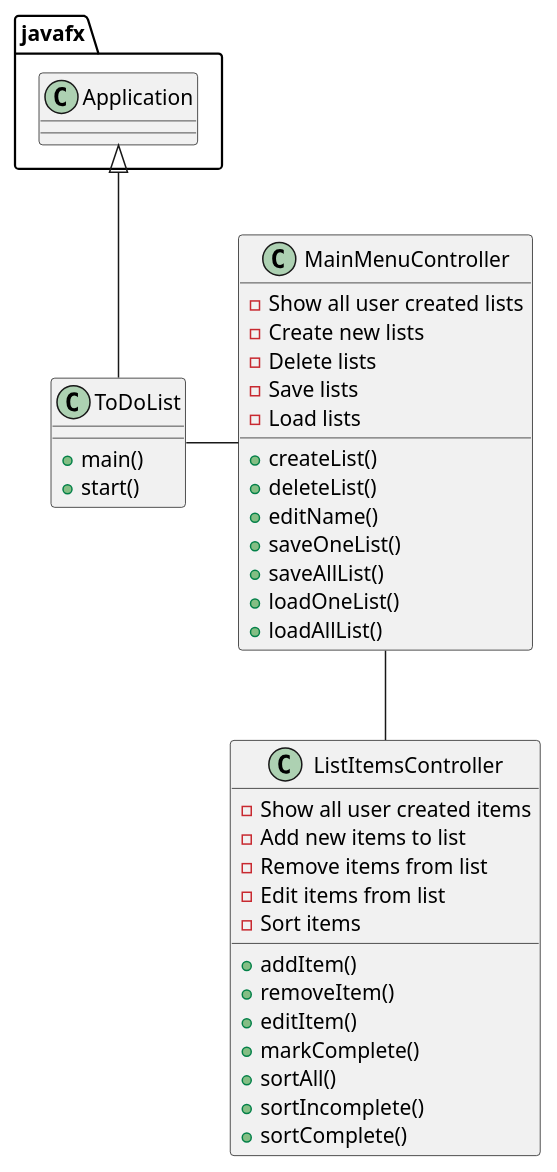
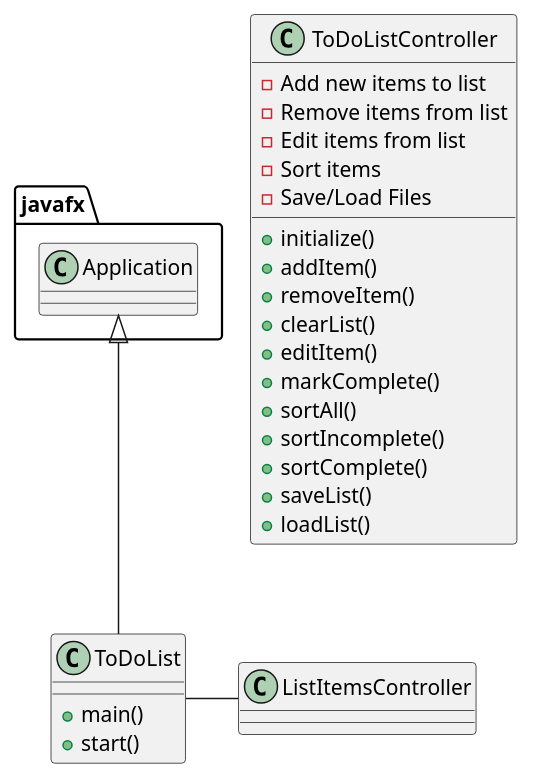
Before and after one commit to rafuchosnow/nieves-cop3330-assignment4part2: the diagram in uml/ToDoList.puml, drawn with PlantUML. The commit also changed 12 other files, not shown here.

```diff
--- a/uml/ToDoList.puml
+++ b/uml/ToDoList.puml
@@ -1,46 +1,33 @@
 @startuml
 'https://plantuml.com/class-diagram
 
 class ToDoList {
     + main()
     + start()
 }
 
-class MainMenuController {
-    - Show all user created lists
-    - Create new lists
-    - Delete lists
-    - Save lists
-    - Load lists
-
-    + createList()
-    + deleteList()
-    + editName()
-    + saveOneList()
-    + saveAllList()
-    + loadOneList()
-    + loadAllList()
-}
-
-class ListItemsController {
-    - Show all user created items
+class ToDoListController {
     - Add new items to list
     - Remove items from list
     - Edit items from list
     - Sort items
+    - Save/Load Files
 
+    + initialize()
     + addItem()
     + removeItem()
+    + clearList()
     + editItem()
     + markComplete()
     + sortAll()
     + sortIncomplete()
     + sortComplete()
+    + saveList()
+    + loadList()
 }
 
 
 javafx.Application  <|-- ToDoList
-ToDoList - MainMenuController
-MainMenuController -- ListItemsController
+ToDoList - ListItemsController
 
 @enduml
```
